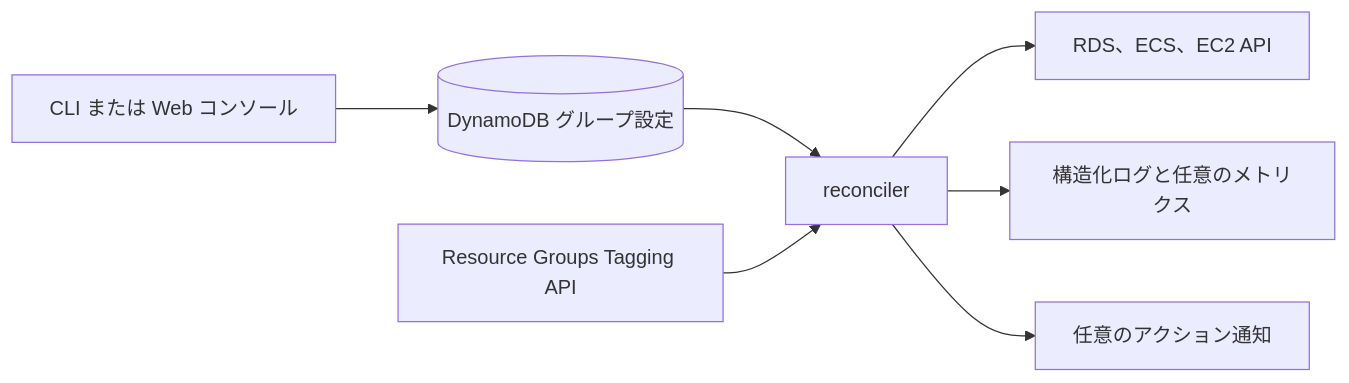
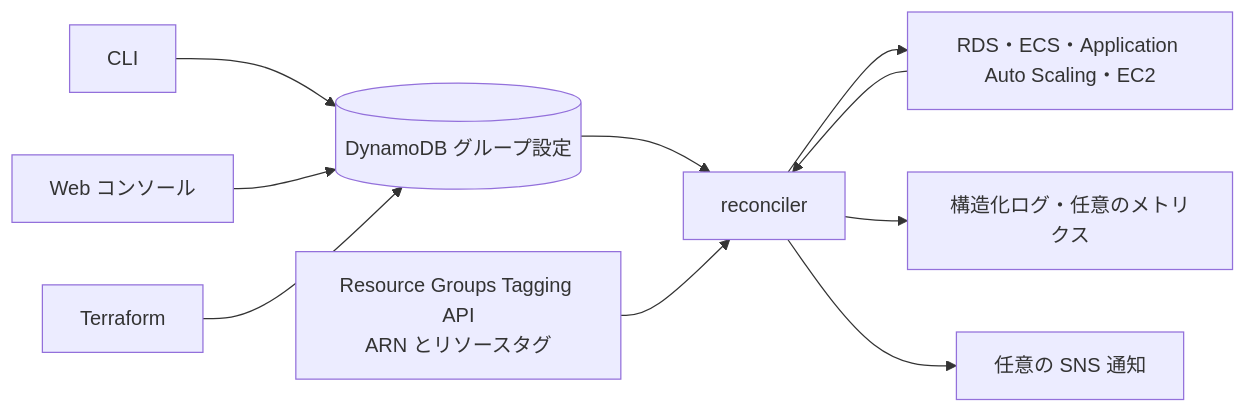
The diagram in docs/ja/architecture/overview.md (moepig/cheapskate), drawn with Mermaid before and after one commit. The commit also changed other lines of this file and 63 other files, not shown here.

````diff
--- a/docs/ja/architecture/overview.md
+++ b/docs/ja/architecture/overview.md
@@ -7,9 +9,12 @@
 ```mermaid
 flowchart LR
-  C[CLI または Web コンソール] --> D[(DynamoDB グループ設定)]
-  D --> R[reconciler]
-  T[Resource Groups Tagging API] --> R
-  R --> A[RDS、ECS、EC2 API]
-  R --> L[構造化ログと任意のメトリクス]
-  R --> N[任意のアクション通知]
+    CLI["CLI"] --> Groups[("DynamoDB グループ設定")]
+    Web["Web コンソール"] --> Groups
+    Terraform["Terraform"] --> Groups
+    Groups --> Reconciler["reconciler"]
+    Tagging["Resource Groups Tagging API<br/>ARN とリソースタグ"] --> Reconciler
+    Reconciler --> Resources["RDS・ECS・Application Auto Scaling・EC2"]
+    Resources --> Reconciler
+    Reconciler --> Logs["構造化ログ・任意のメトリクス"]
+    Reconciler --> Notifications["任意の SNS 通知"]
 ```
````
